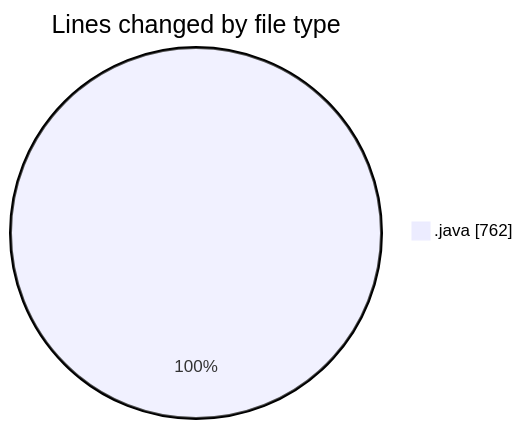
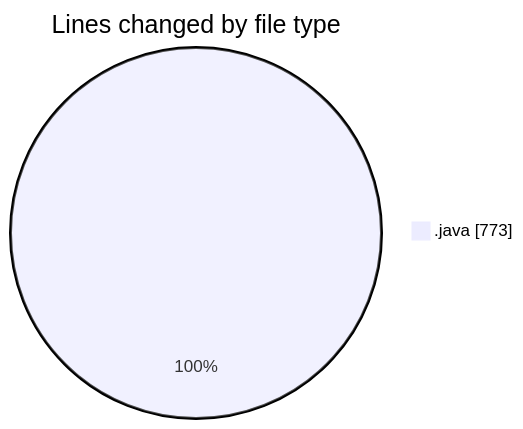
The first of 2 diagrams in 2026-02-26/cilapp/README.md (ricardozamudiocil/code-tracking), drawn with Mermaid before and after one commit. The commit also changed other lines of this file and 1 other file, not shown here.

````diff
--- a/2026-02-26/cilapp/README.md
+++ b/2026-02-26/cilapp/README.md
@@ -23,5 +23,5 @@
 ```mermaid
 pie showData
 title Lines changed by file type
-".java" : 762
+".java" : 773
 ```
````
